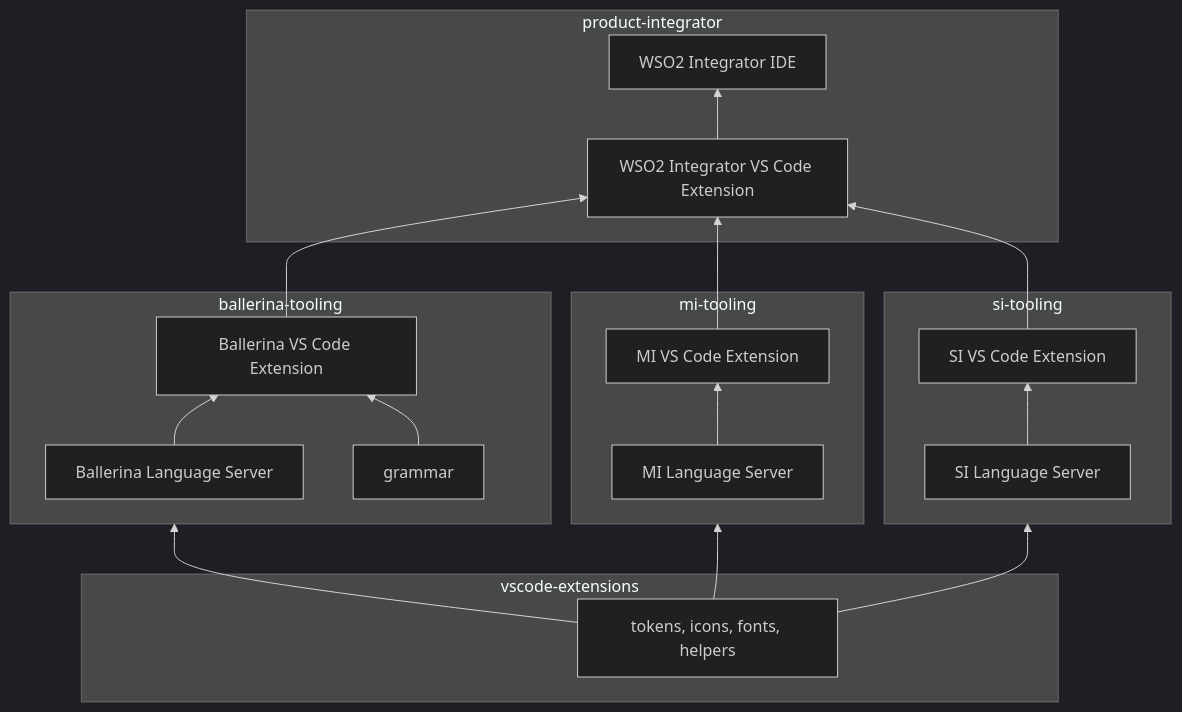
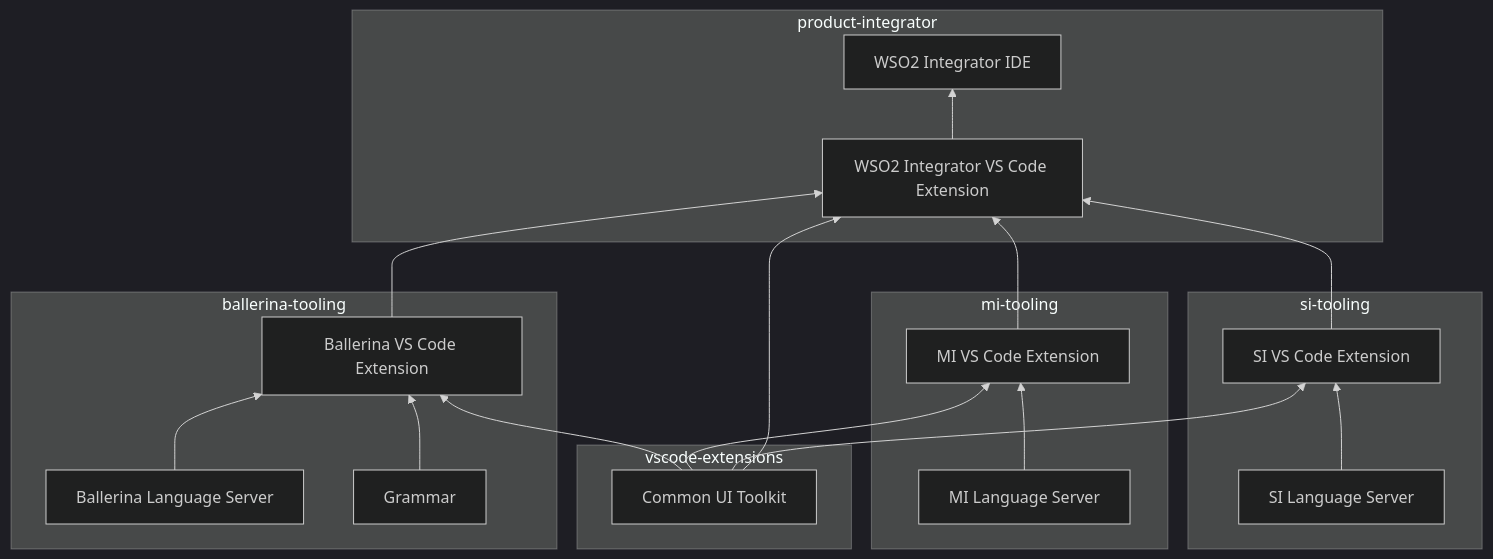
One commit to NipunaRanasinghe/wso2i-process-guides changed the diagram in docs/01-component-architecture.md. Above: the diagram before and after it, drawn with Mermaid (dark theme). The commit also changed other lines of this file and 7 other files, not shown here.

````diff
--- a/docs/01-component-architecture.md
+++ b/docs/01-component-architecture.md
@@ -20,40 +28,41 @@
 ```mermaid
 graph BT
     subgraph VSC["vscode-extensions"]
-        SF["tokens, icons, fonts, helpers"]
+        UIT["Common UI Toolkit"]
     end
 
     subgraph BALL["ballerina-tooling"]
         BT_LS["Ballerina Language Server"]
-        BT_GR["grammar"]
+        BT_GR["Grammar"]
         BT_EX["Ballerina VS Code Extension"]
         BT_LS --> BT_EX
         BT_GR --> BT_EX
     end
 
     subgraph MI["mi-tooling"]
         MI_LS["MI Language Server"]
         MI_EX["MI VS Code Extension"]
         MI_LS --> MI_EX
     end
 
     subgraph SI["si-tooling"]
         SI_LS["SI Language Server"]
         SI_EX["SI VS Code Extension"]
         SI_LS --> SI_EX
     end
 
     subgraph PROD["product-integrator"]
         PI_EX["WSO2 Integrator VS Code Extension"]
         PI_IDE["WSO2 Integrator IDE"]
         PI_EX --> PI_IDE
     end
 
-    SF --> BALL
-    SF --> MI
-    SF --> SI
+    UIT --> BT_EX
+    UIT --> MI_EX
+    UIT --> SI_EX
+    UIT --> PI_EX
 
     BT_EX --> PI_EX
     MI_EX --> PI_EX
     SI_EX --> PI_EX
 ```
````
